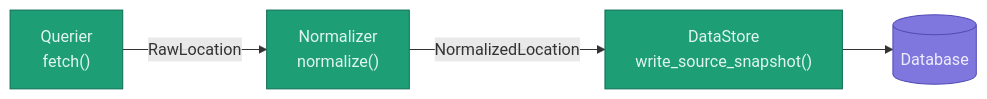
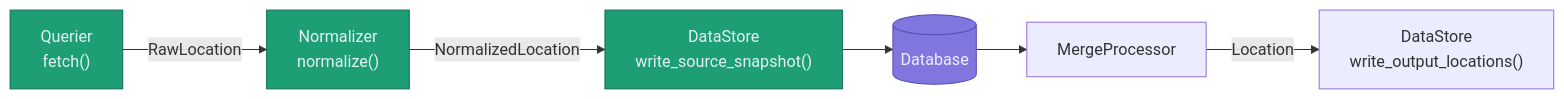
The diagram in etl/README.md (codeforboston/boston-circular-economy), drawn with Mermaid before and after one commit. The commit also changed other lines of this file and 11 other files, not shown here.

Commit message:
update etl merge processor to produce Location; update api to search result to return location

````diff
--- a/etl/README.md
+++ b/etl/README.md
@@ -7,12 +7,14 @@
 ```mermaid
 flowchart LR
     Q["Querier\nfetch()"] -->|RawLocation| N["Normalizer\nnormalize()"]
     N -->|NormalizedLocation| I["DataStore\nwrite_source_snapshot()"]
     I --> DB[(Database)]
+    DB --> M["MergeProcessor"]
+    M -->|Location| O["DataStore\nwrite_output_locations()"]
 
     classDef source fill:#1D9E75,stroke:#0F6E56,color:#E1F5EE
     classDef sourceTable fill:#7F77DD,stroke:#534AB7,color:#EEEDFE
 
     class Q,N,I source
     class DB sourceTable
 ```
````
